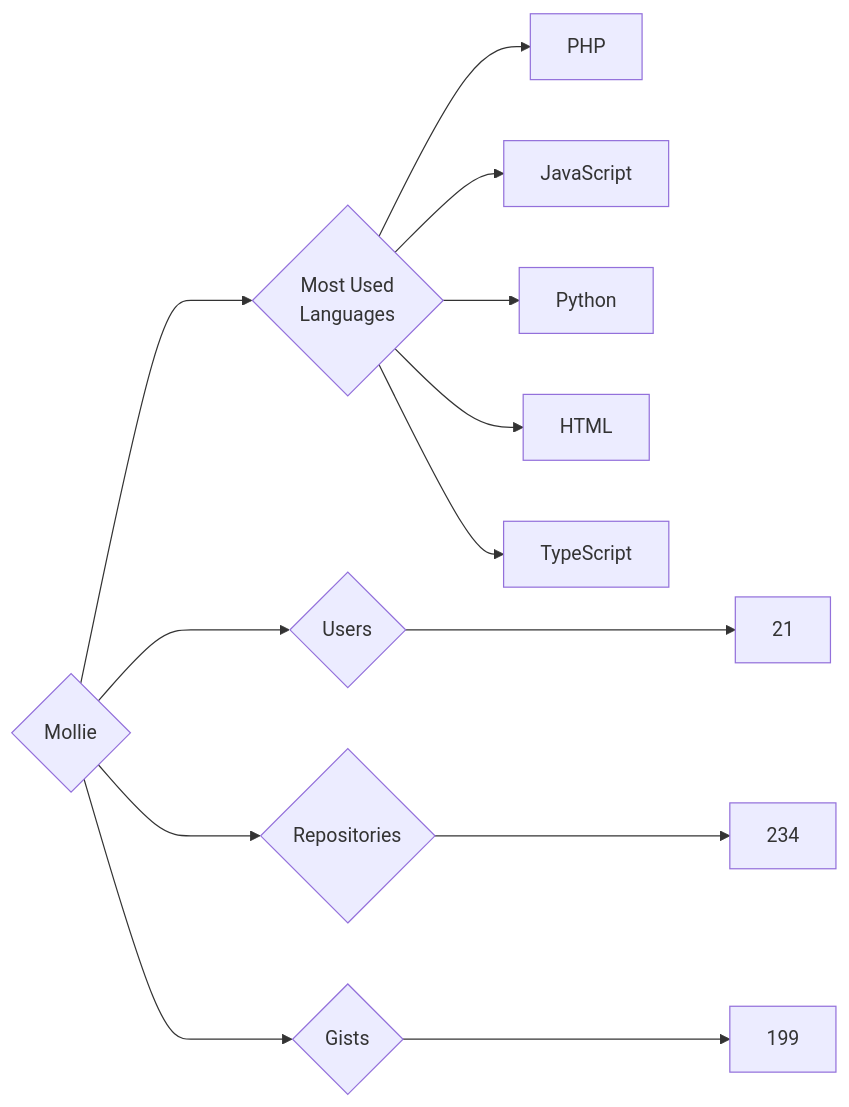
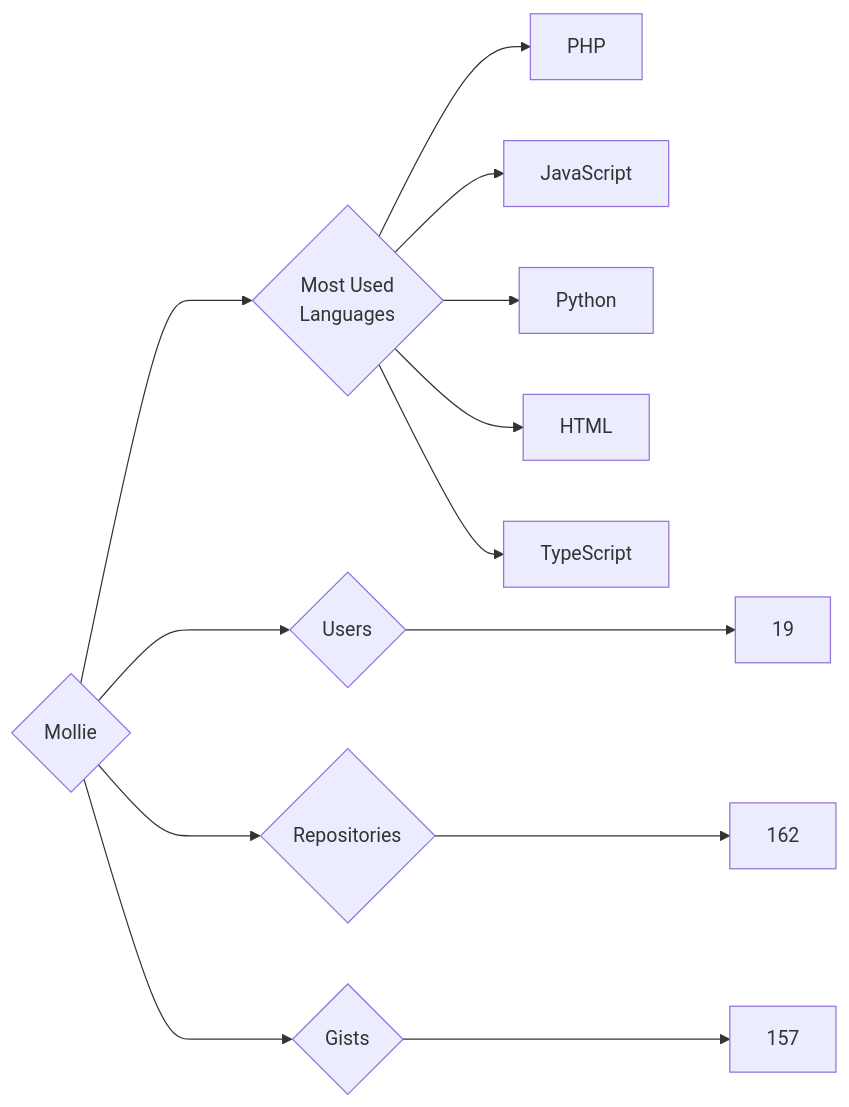
The diagram in targets/Mollie/README.md (trickest/insiders), drawn with Mermaid before and after one commit. The commit also changed 1011 other files, not shown here.

````diff
--- a/targets/Mollie/README.md
+++ b/targets/Mollie/README.md
@@ -3,13 +3,13 @@
 ```mermaid
 graph LR
 COMPANY_NAME{Mollie}
-COMPANY_NAME ---> U{Users} ---> UN[21]
-COMPANY_NAME ---> R{Repositories} ---> RN[234]
-COMPANY_NAME ---> G{Gists} ---> GN[199]
+COMPANY_NAME ---> U{Users} ---> UN[19]
+COMPANY_NAME ---> R{Repositories} ---> RN[162]
+COMPANY_NAME ---> G{Gists} ---> GN[157]
 COMPANY_NAME ---> ML{Most Used<br>Languages}
 ML --> PHP[PHP]
 ML --> JavaScript[JavaScript]
 ML --> Python[Python]
 ML --> HTML[HTML]
 ML --> TypeScript[TypeScript]
 ```
````
